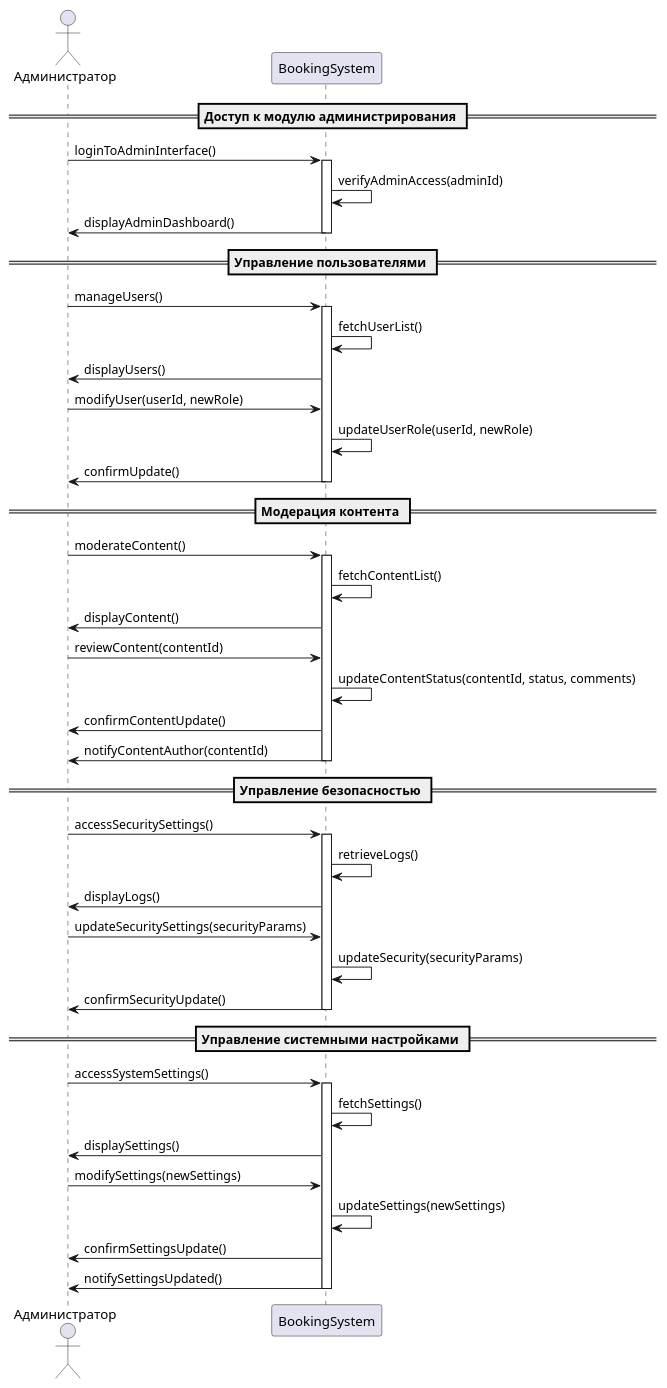
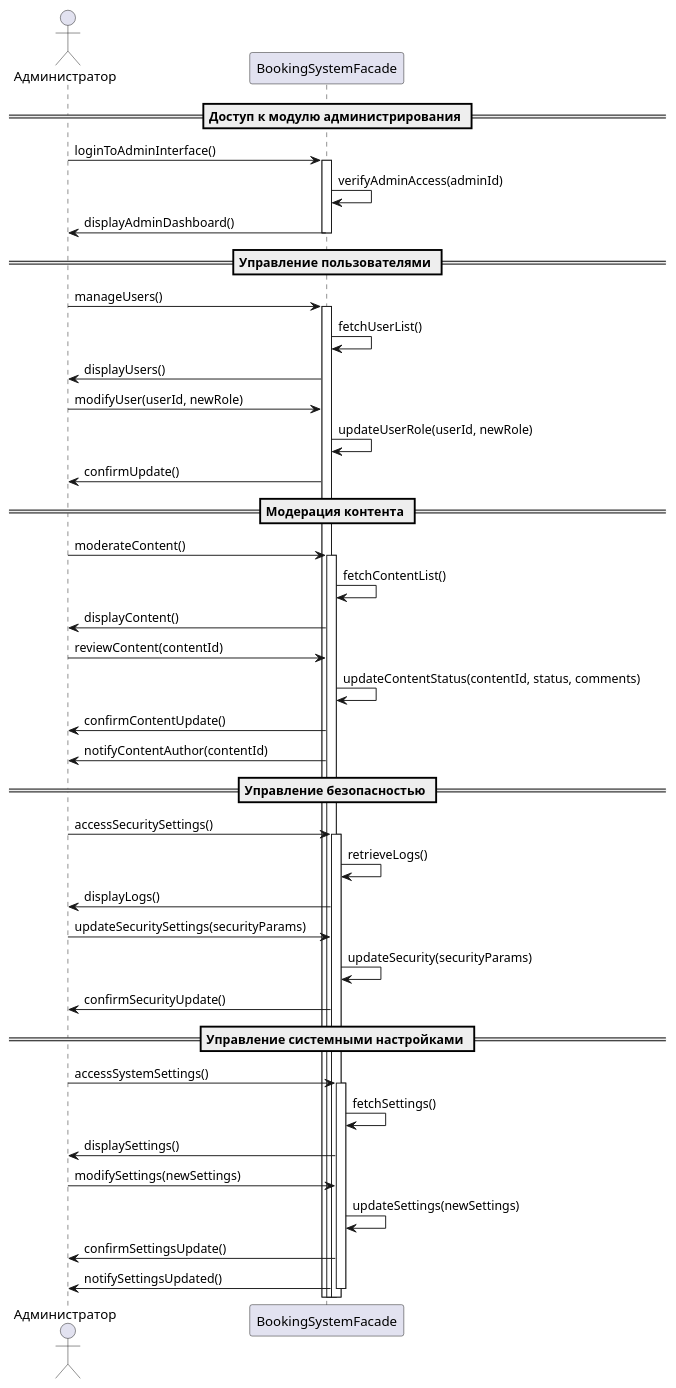
One commit to penamarth/bsbo-01-22_team4_var8 changed the diagram in precedents/SystemAdministration/SystemAdministrationSequenceDiagram.md. Above: the diagram before and after it, drawn with PlantUML. The commit also changed 3 other files, not shown here.

Commit message:
Fix precedent diagrams

````diff
--- a/precedents/SystemAdministration/SystemAdministrationSequenceDiagram.md
+++ b/precedents/SystemAdministration/SystemAdministrationSequenceDiagram.md
@@ -1,57 +1,55 @@
 ```plantuml
 @startuml
 
 actor "Администратор" as Administrator
-participant "BookingSystem" as System
+participant "BookingSystemFacade" as System
 
 == Доступ к модулю администрирования ==
-Administrator -> System: loginToAdminInterface()
+Administrator -> System : loginToAdminInterface()
 activate System
-System -> System: verifyAdminAccess(adminId)
-System -> Administrator: displayAdminDashboard()
+System -> System : verifyAdminAccess(adminId)
+System -> Administrator : displayAdminDashboard()
 deactivate System
 
 == Управление пользователями ==
-Administrator -> System: manageUsers()
+Administrator -> System : manageUsers()
 activate System
-System -> System: fetchUserList()
-System -> Administrator: displayUsers()
-Administrator -> System: modifyUser(userId, newRole)
-System -> System: updateUserRole(userId, newRole)
-System -> Administrator: confirmUpdate()
-deactivate System
+System -> System : fetchUserList()
+System -> Administrator : displayUsers()
+Administrator -> System : modifyUser(userId, newRole)
+System -> System : updateUserRole(userId, newRole)
+System -> Administrator : confirmUpdate()
 
 == Модерация контента ==
-Administrator -> System: moderateContent()
+Administrator -> System : moderateContent()
 activate System
-System -> System: fetchContentList()
-System -> Administrator: displayContent()
-Administrator -> System: reviewContent(contentId)
-System -> System: updateContentStatus(contentId, status, comments)
-System -> Administrator: confirmContentUpdate()
-System -> Administrator: notifyContentAuthor(contentId)
-deactivate System
+System -> System : fetchContentList()
+System -> Administrator : displayContent()
+Administrator -> System : reviewContent(contentId)
+System -> System : updateContentStatus(contentId, status, comments)
+System -> Administrator : confirmContentUpdate()
+System -> Administrator : notifyContentAuthor(contentId)
 
 == Управление безопасностью ==
-Administrator -> System: accessSecuritySettings()
+Administrator -> System : accessSecuritySettings()
 activate System
-System -> System: retrieveLogs()
-System -> Administrator: displayLogs()
-Administrator -> System: updateSecuritySettings(securityParams)
-System -> System: updateSecurity(securityParams)
-System -> Administrator: confirmSecurityUpdate()
-deactivate System
+System -> System : retrieveLogs()
+System -> Administrator : displayLogs()
+Administrator -> System : updateSecuritySettings(securityParams)
+System -> System : updateSecurity(securityParams)
+System -> Administrator : confirmSecurityUpdate()
 
 == Управление системными настройками ==
-Administrator -> System: accessSystemSettings()
+Administrator -> System : accessSystemSettings()
 activate System
-System -> System: fetchSettings()
-System -> Administrator: displaySettings()
-Administrator -> System: modifySettings(newSettings)
-System -> System: updateSettings(newSettings)
-System -> Administrator: confirmSettingsUpdate()
-System -> Administrator: notifySettingsUpdated()
+System -> System : fetchSettings()
+System -> Administrator : displaySettings()
+Administrator -> System : modifySettings(newSettings)
+System -> System : updateSettings(newSettings)
+System -> Administrator : confirmSettingsUpdate()
+System -> Administrator : notifySettingsUpdated()
+
 deactivate System
 
 @enduml
 ```
````
